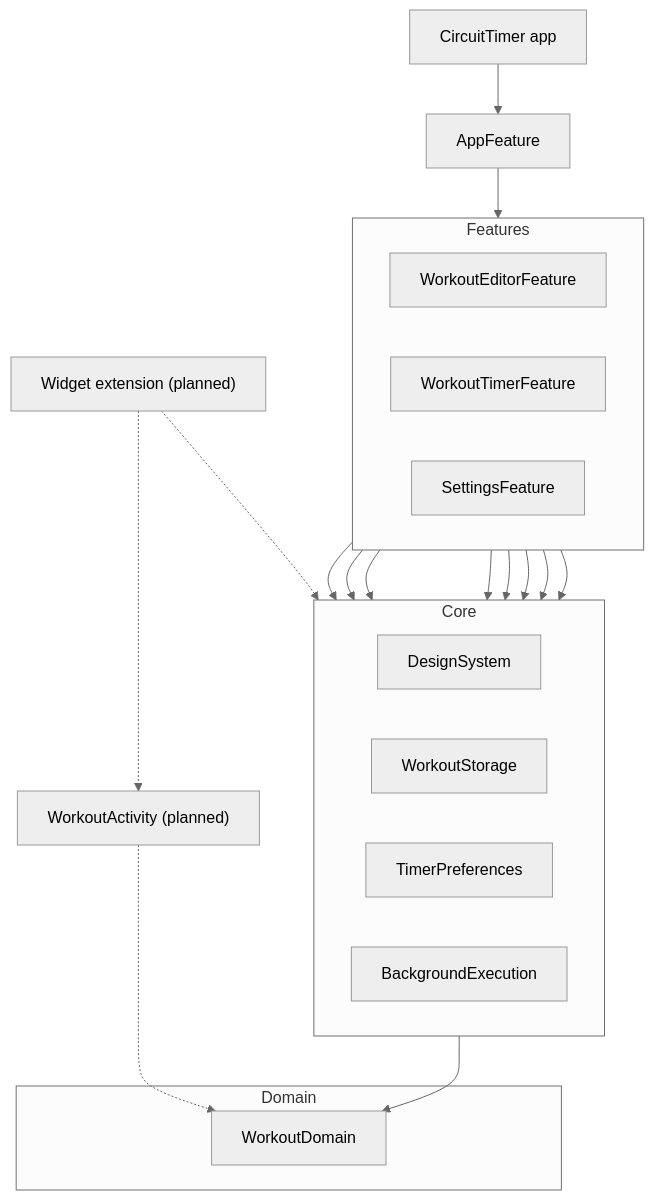
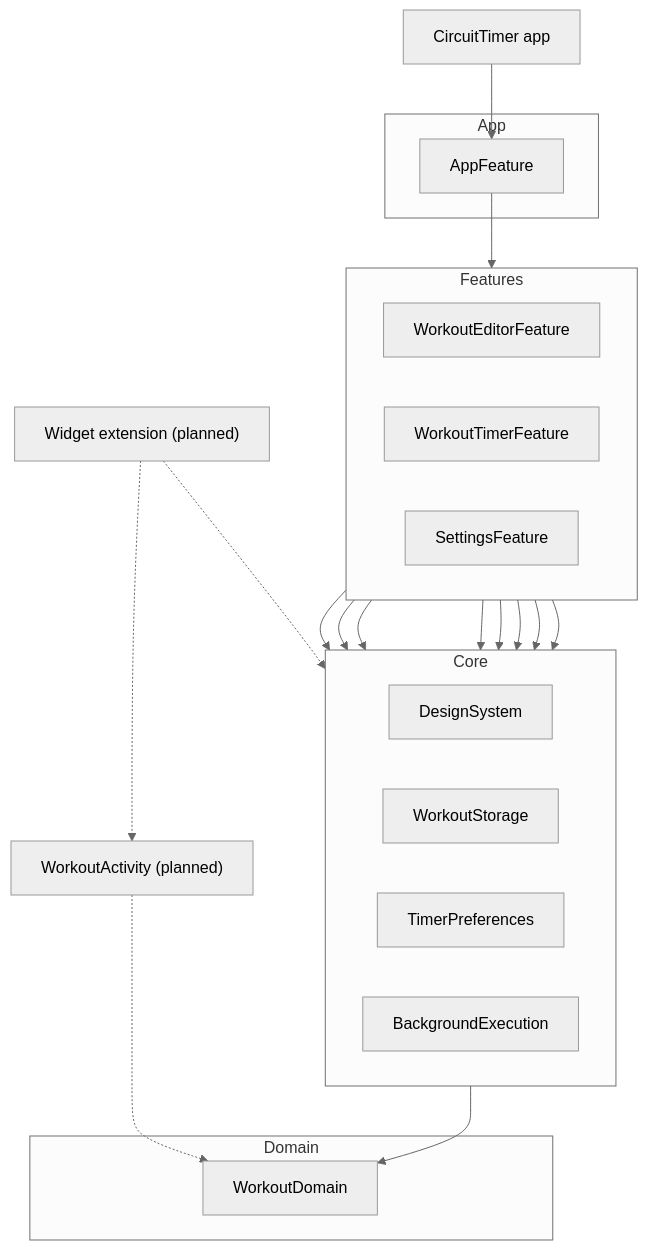
Before and after one commit to akrementsov/CircuitTimer: the diagram in README.md, drawn with Mermaid (neutral theme). The commit also changed other lines of this file and 1 other file, not shown here.

Commit message:
CT-UI: Box the App layer and align the layering rules
The text promised four layers while the graph boxed three, so
AppFeature gets its own App box. The README now says where the planned
WorkoutActivity goes, states the TCA and SwiftUI rule for all Workout*
modules as AGENTS.md does, and AGENTS.md lists TimerPreferences among
the modules a feature may import.

````diff
--- a/README.md
+++ b/README.md
@@ -24,38 +24,42 @@
 ```mermaid
 flowchart TD
-    App["CircuitTimer app"] --> AppFeature
+    Shell["CircuitTimer app"] --> AppFeature
+
+    subgraph AppLayer["App"]
+        AppFeature
+    end
 
     subgraph Features
         direction LR
         WorkoutEditorFeature
         WorkoutTimerFeature
         SettingsFeature
     end
 
     subgraph Core
         direction LR
         DesignSystem
         WorkoutStorage
         TimerPreferences
         BackgroundExecution
     end
 
     subgraph Domain
         WorkoutDomain
     end
 
     AppFeature --> Features
     WorkoutEditorFeature --> DesignSystem
     WorkoutEditorFeature --> WorkoutStorage
     WorkoutTimerFeature --> DesignSystem
     WorkoutTimerFeature --> WorkoutStorage
     WorkoutTimerFeature --> TimerPreferences
     WorkoutTimerFeature --> BackgroundExecution
     SettingsFeature --> DesignSystem
     SettingsFeature --> TimerPreferences
     WorkoutStorage --> WorkoutDomain
 
     Widget["Widget extension (planned)"] -.-> WorkoutActivity["WorkoutActivity (planned)"]
     Widget -.-> DesignSystem
     WorkoutActivity -.-> WorkoutDomain
 ```
````
